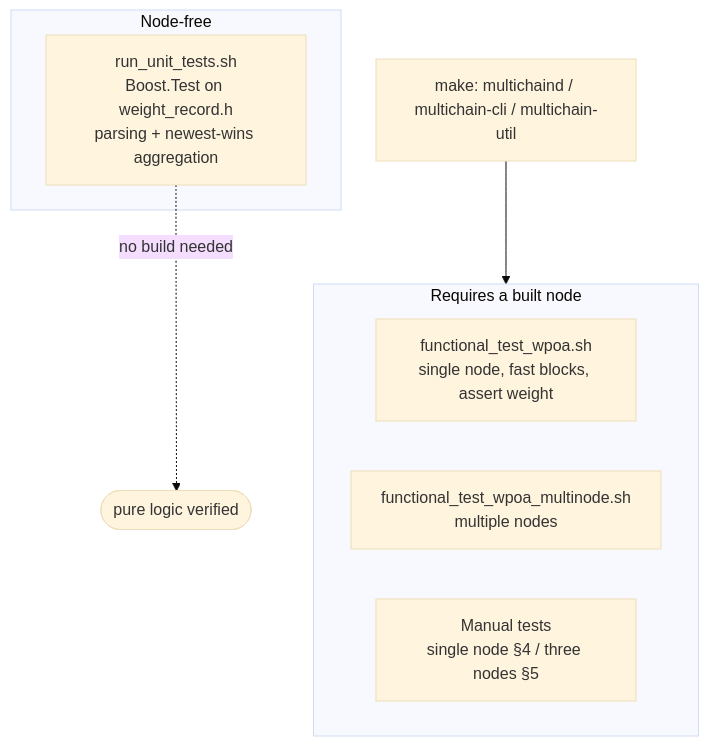
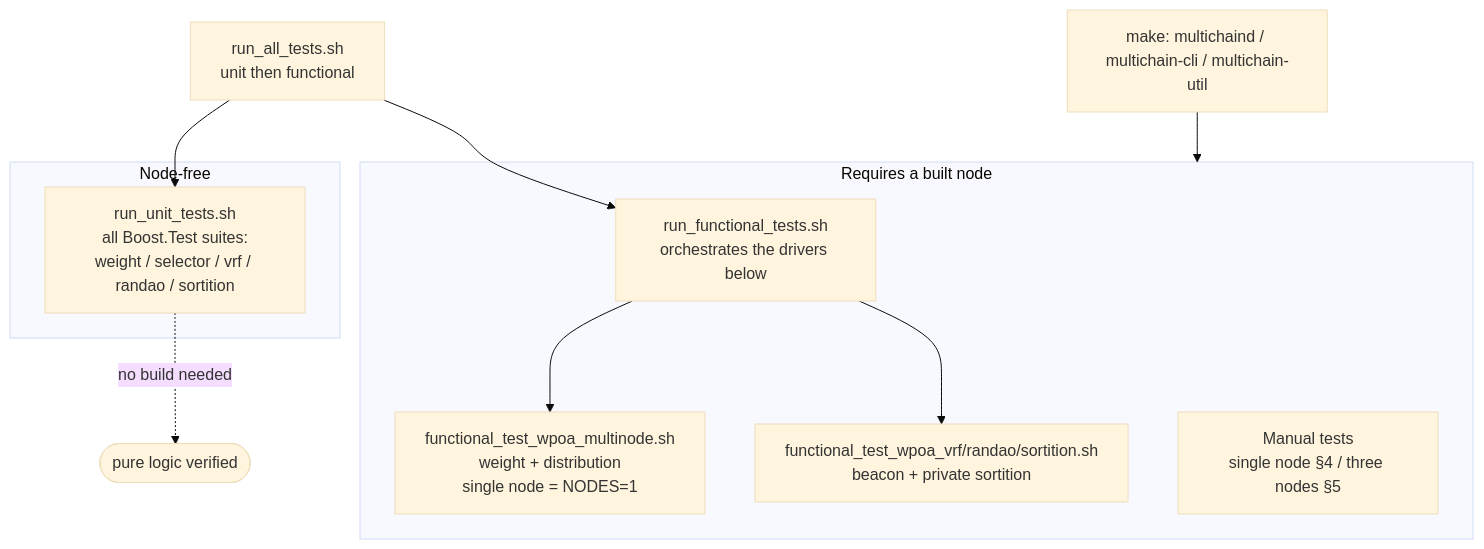
Before and after one commit to FeMattu/multichain: the first of 2 diagrams in src/wpoa/docs/testing.md, drawn with Mermaid (base theme). The commit also changed other lines of this file and 16 other files, not shown here.

````diff
--- a/src/wpoa/docs/testing.md
+++ b/src/wpoa/docs/testing.md
@@ -22,13 +22,18 @@
 ```mermaid
 flowchart TD
     subgraph unit [Node-free]
-        U[run_unit_tests.sh<br/>Boost.Test on weight_record.h<br/>parsing + newest-wins aggregation]
+        U[run_unit_tests.sh<br/>all Boost.Test suites:<br/>weight / selector / vrf / randao / sortition]
     end
     subgraph func [Requires a built node]
-        S[functional_test_wpoa.sh<br/>single node, fast blocks, assert weight]
-        M[functional_test_wpoa_multinode.sh<br/>multiple nodes]
+        F[run_functional_tests.sh<br/>orchestrates the drivers below]
+        M[functional_test_wpoa_multinode.sh<br/>weight + distribution<br/>single node = NODES=1]
+        V[functional_test_wpoa_vrf/randao/sortition.sh<br/>beacon + private sortition]
         MAN[Manual tests<br/>single node §4 / three nodes §5]
     end
+    ALL[run_all_tests.sh<br/>unit then functional] --> U
+    ALL --> F
+    F --> M
+    F --> V
     BUILD[make: multichaind / multichain-cli / multichain-util] --> func
     U -.no build needed.-> UOK([pure logic verified])
 ```
````
